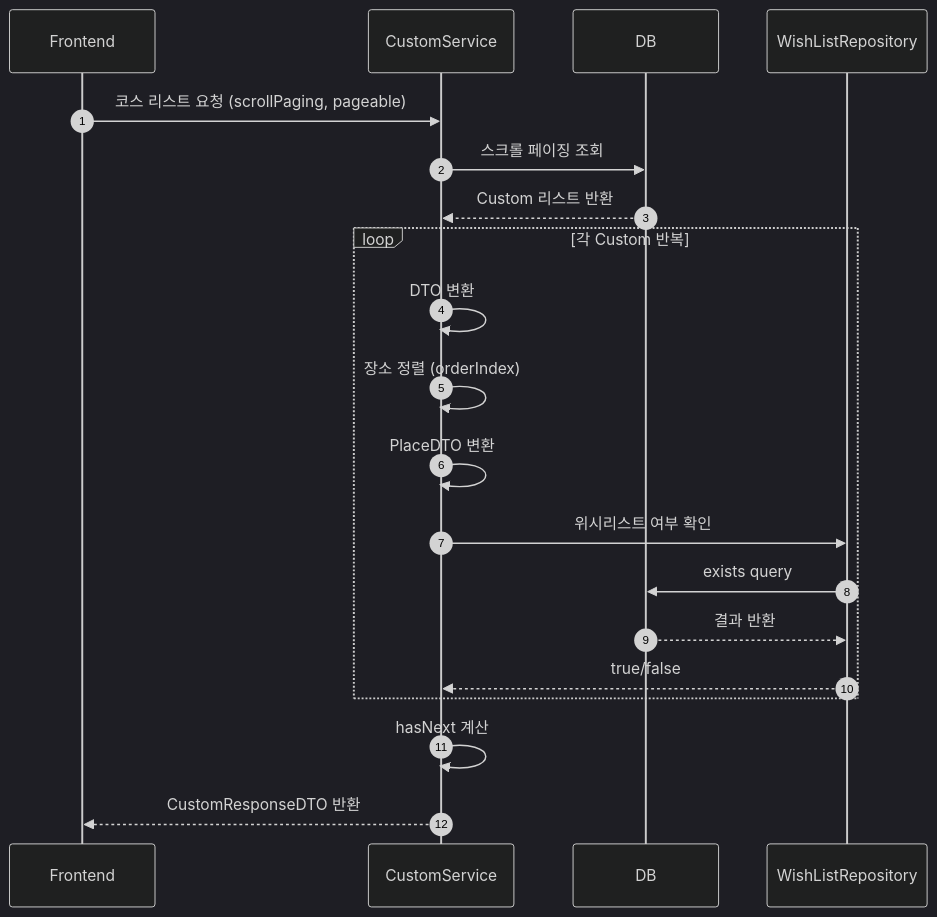
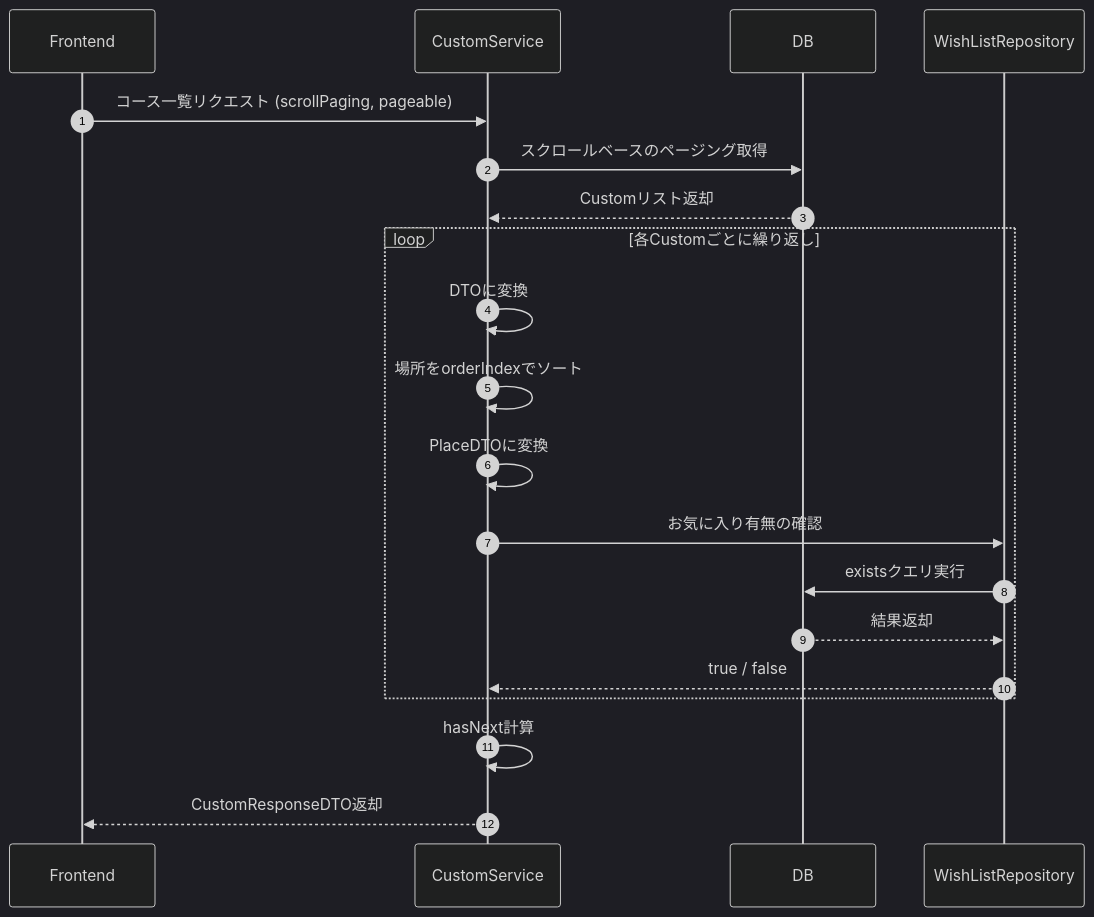
Before and after one commit to You-HyunHo/Final-Project: the third of 10 diagrams in README_img/SEQUENCE.md, drawn with Mermaid (dark theme). The commit also changed other lines of this file, not shown here.

````diff
--- a/README_img/SEQUENCE.md
+++ b/README_img/SEQUENCE.md
@@ -61,28 +62,28 @@
 ```mermaid
 sequenceDiagram
-autonumber
-participant FE as Frontend
-participant BE as CustomService
-participant DB
-participant WL as WishListRepository
+    autonumber
+    participant FE as Frontend
+    participant BE as CustomService
+    participant DB
+    participant WL as WishListRepository
 
-    FE->>BE: 코스 리스트 요청 (scrollPaging, pageable)
+    FE->>BE: コース一覧リクエスト (scrollPaging, pageable)
 
-    BE->>DB: 스크롤 페이징 조회
-    DB-->>BE: Custom 리스트 반환
+    BE->>DB: スクロールベースのページング取得
+    DB-->>BE: Customリスト返却
 
-    loop 각 Custom 반복
-        BE->>BE: DTO 변환
-        BE->>BE: 장소 정렬 (orderIndex)
-        BE->>BE: PlaceDTO 변환
+    loop 各Customごとに繰り返し
+        BE->>BE: DTOに変換
+        BE->>BE: 場所をorderIndexでソート
+        BE->>BE: PlaceDTOに変換
 
-        BE->>WL: 위시리스트 여부 확인
-        WL->>DB: exists query
-        DB-->>WL: 결과 반환
-        WL-->>BE: true/false
+        BE->>WL: お気に入り有無の確認
+        WL->>DB: existsクエリ実行
+        DB-->>WL: 結果返却
+        WL-->>BE: true / false
     end
 
-    BE->>BE: hasNext 계산
+    BE->>BE: hasNext計算
 
-    BE-->>FE: CustomResponseDTO 반환
+    BE-->>FE: CustomResponseDTO返却
 ```
````
